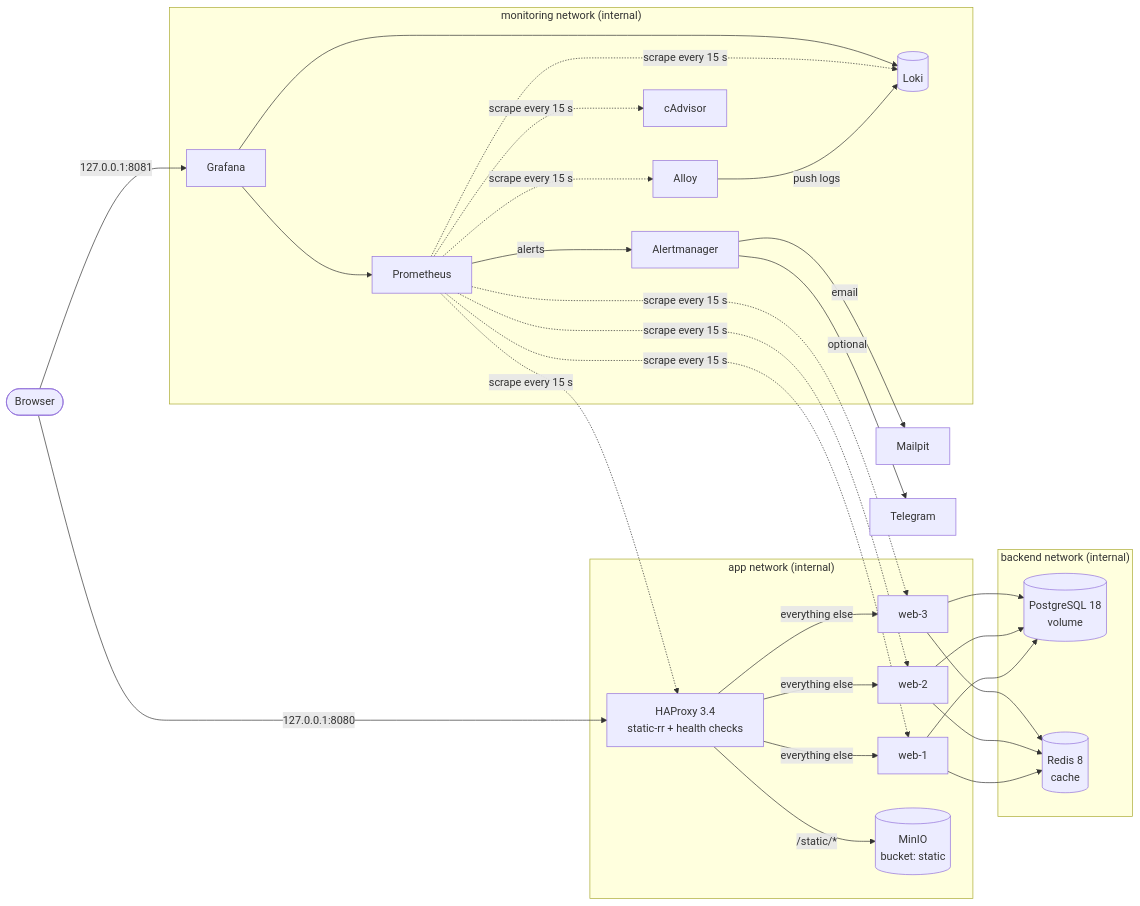
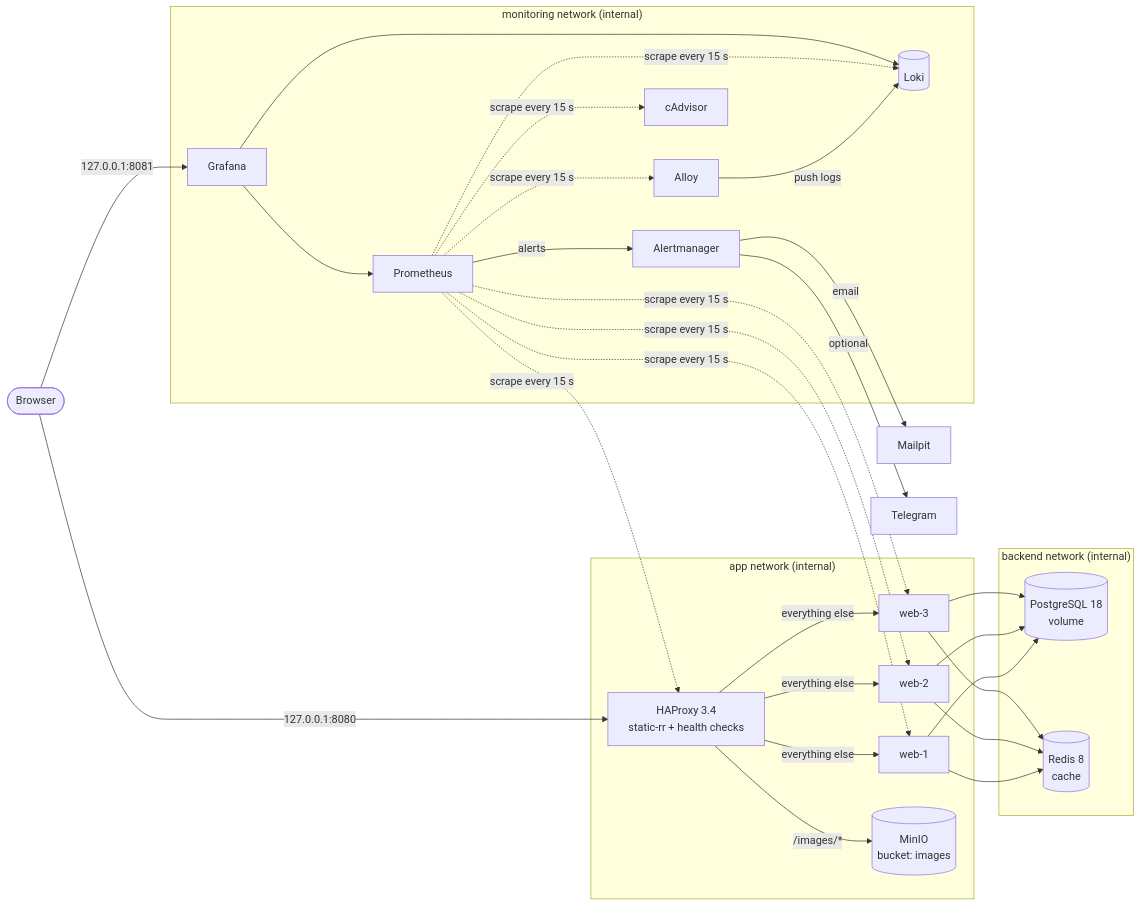
The diagram in README.md (Doritozzzz/terraform-bugtracker), drawn with Mermaid before and after one commit. The commit also changed other lines of this file and 21 other files, not shown here.

````diff
--- a/README.md
+++ b/README.md
@@ -30,33 +30,33 @@
 ```mermaid
 graph LR
     User([Browser]) -->|"127.0.0.1:8080"| LB
 
     subgraph app ["app network (internal)"]
         LB["HAProxy 3.4<br/>static-rr + health checks"]
         W1["web-1"]
         W2["web-2"]
         W3["web-3"]
-        S3[("MinIO<br/>bucket: static")]
+        S3[("MinIO<br/>bucket: images")]
     end
     subgraph backend ["backend network (internal)"]
         DB[("PostgreSQL 18<br/>volume")]
         R[("Redis 8<br/>cache")]
     end
 
-    LB -->|"/static/*"| S3
+    LB -->|"/images/*"| S3
     LB -->|"everything else"| W1 & W2 & W3
     W1 & W2 & W3 --> DB
     W1 & W2 & W3 --> R
 
     subgraph monitoring ["monitoring network (internal)"]
         A["Alloy"] -->|push logs| L[("Loki")]
         P["Prometheus"] -->|alerts| AM["Alertmanager"]
         C["cAdvisor"]
         G["Grafana"]
     end
     P -.->|scrape every 15 s| LB & W1 & W2 & W3 & C & L & A
     G --> P & L
     AM -->|email| M["Mailpit"]
     AM -->|optional| T["Telegram"]
     User -->|"127.0.0.1:8081"| G
 ```
````
